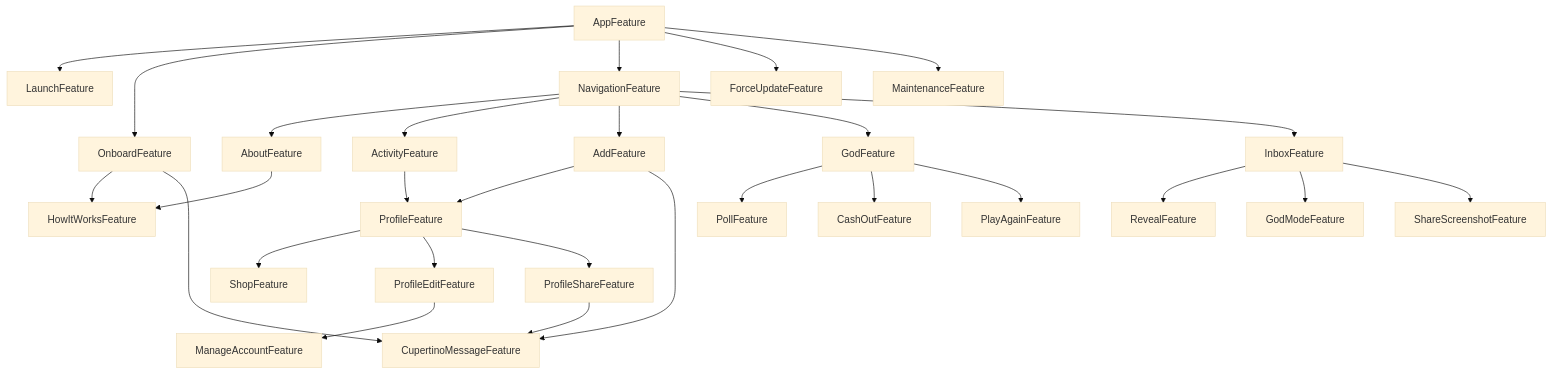
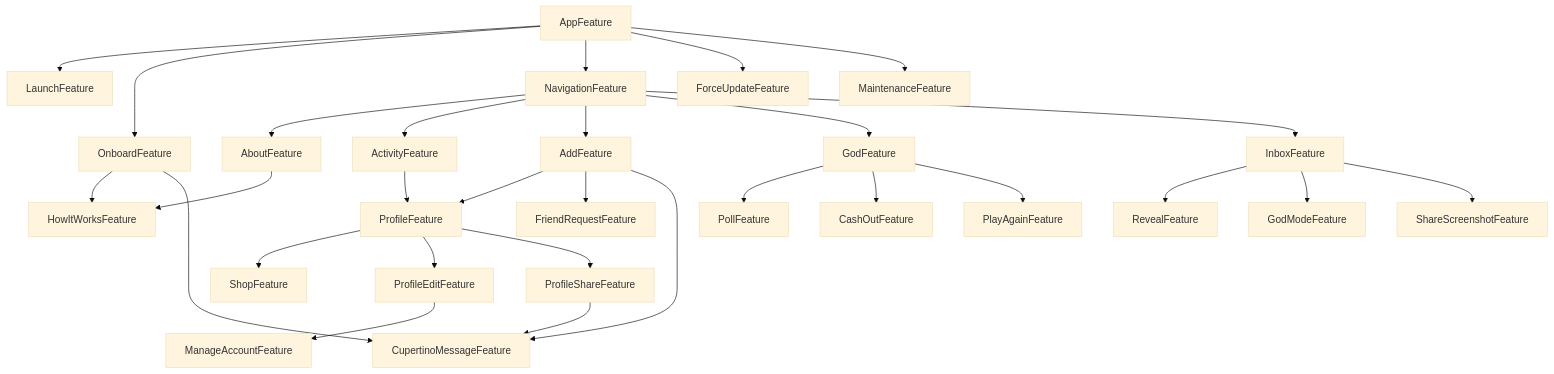
One commit to 0x1-company/god-ios changed the diagram in Packages/GodPackage/README.md. Above: the diagram before and after it, drawn with Mermaid (base theme). The commit also changed 1 other file, not shown here.

Commit message:
chore: 🤖 dgraph

````diff
--- a/Packages/GodPackage/README.md
+++ b/Packages/GodPackage/README.md
@@ -6,30 +6,31 @@
 ```mermaid
 graph TD;
     AboutFeature-->HowItWorksFeature;
     ActivityFeature-->ProfileFeature;
     AddFeature-->ProfileFeature;
+    AddFeature-->FriendRequestFeature;
     AddFeature-->CupertinoMessageFeature;
     AppFeature-->LaunchFeature;
     AppFeature-->OnboardFeature;
     AppFeature-->NavigationFeature;
     AppFeature-->ForceUpdateFeature;
     AppFeature-->MaintenanceFeature;
     GodFeature-->PollFeature;
     GodFeature-->CashOutFeature;
     GodFeature-->PlayAgainFeature;
     InboxFeature-->RevealFeature;
     InboxFeature-->GodModeFeature;
     InboxFeature-->ShareScreenshotFeature;
     NavigationFeature-->AboutFeature;
     NavigationFeature-->ActivityFeature;
     NavigationFeature-->AddFeature;
     NavigationFeature-->GodFeature;
     NavigationFeature-->InboxFeature;
     OnboardFeature-->HowItWorksFeature;
     OnboardFeature-->CupertinoMessageFeature;
     ProfileEditFeature-->ManageAccountFeature;
     ProfileFeature-->ShopFeature;
     ProfileFeature-->ProfileEditFeature;
     ProfileFeature-->ProfileShareFeature;
     ProfileShareFeature-->CupertinoMessageFeature;
 ```
````
